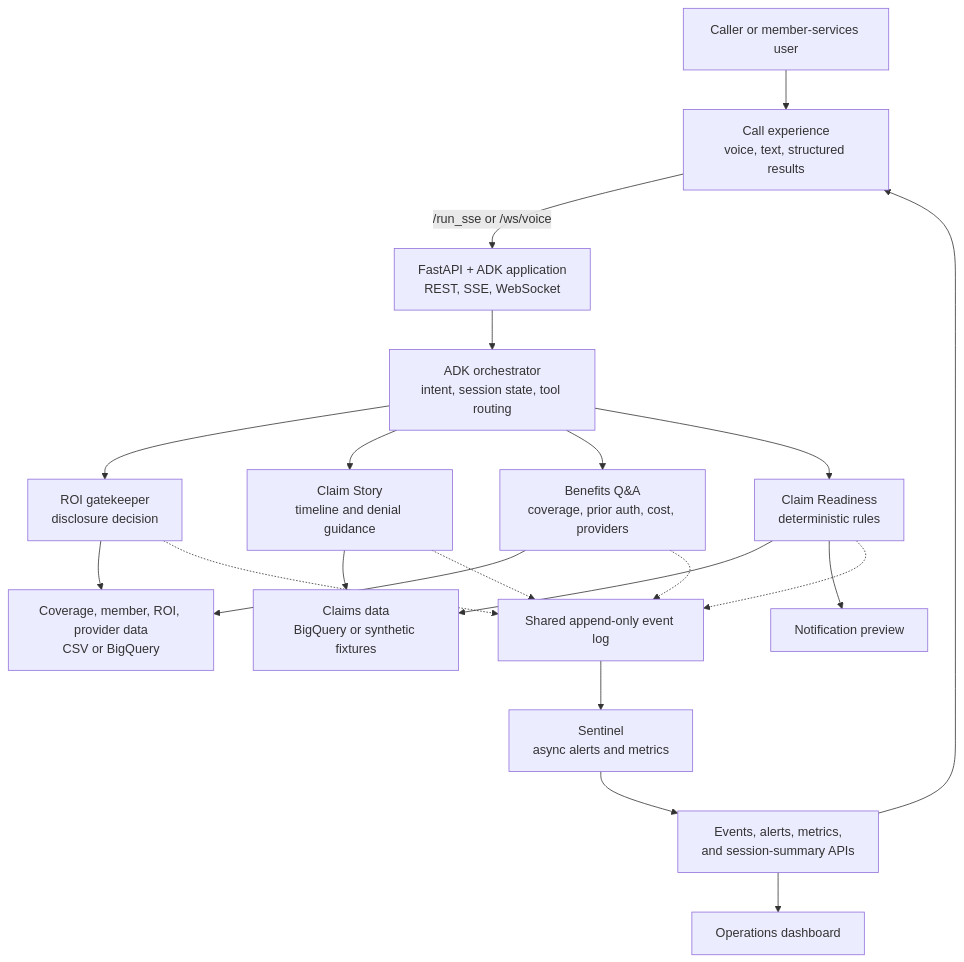
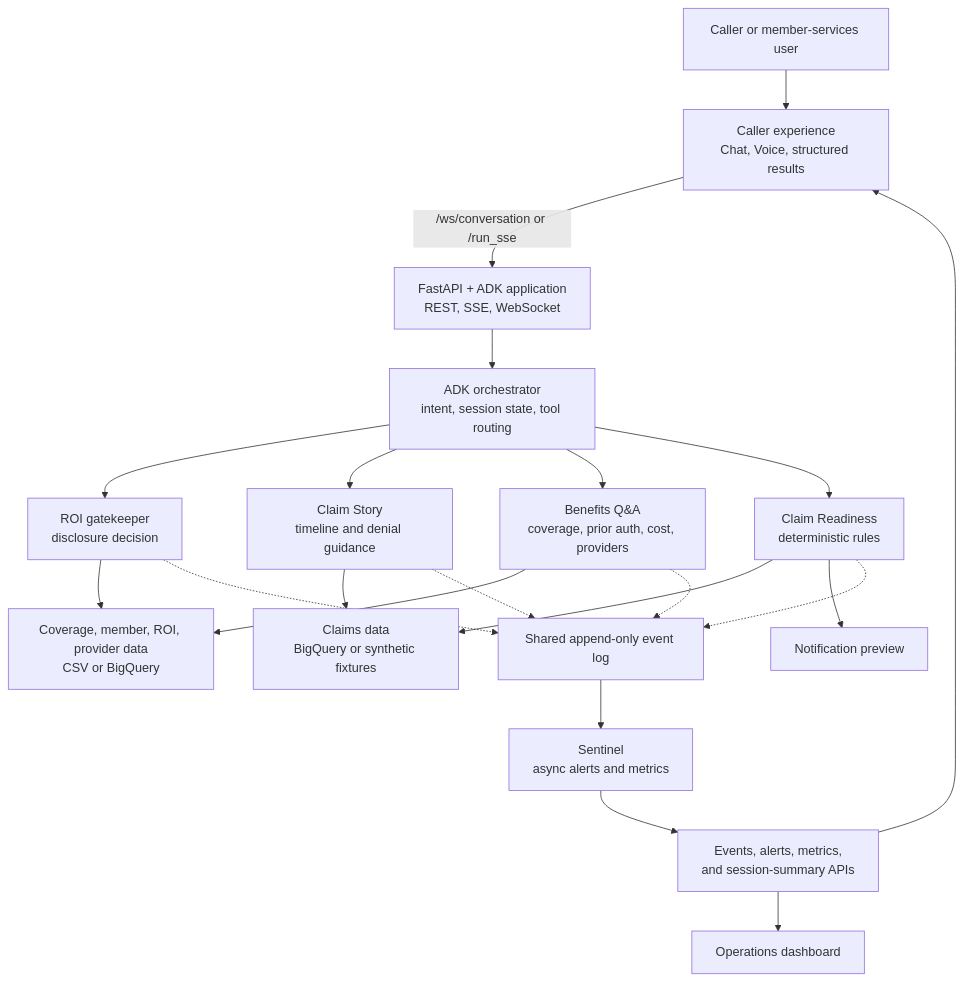
Before and after one commit to zhangdaniel62/humana-hackathon-2026: the diagram in assets/docs/overall_plan.md, drawn with Mermaid. The commit also changed other lines of this file and 8 other files, not shown here.

Commit message:
Implement chat and voice conversation modes

````diff
--- a/assets/docs/overall_plan.md
+++ b/assets/docs/overall_plan.md
@@ -135,39 +136,39 @@
 ```mermaid
 flowchart TD
     Caller["Caller or member-services user"]
-    CallUI["Call experience<br/>voice, text, structured results"]
+    CallUI["Caller experience<br/>Chat, Voice, structured results"]
     ManagerUI["Operations dashboard"]
     API["FastAPI + ADK application<br/>REST, SSE, WebSocket"]
     Orchestrator["ADK orchestrator<br/>intent, session state, tool routing"]
     ROI["ROI gatekeeper<br/>disclosure decision"]
     Claim["Claim Story<br/>timeline and denial guidance"]
     Benefits["Benefits Q&A<br/>coverage, prior auth, cost, providers"]
     Readiness["Claim Readiness<br/>deterministic rules"]
     Preview["Notification preview"]
     ClaimsData["Claims data<br/>BigQuery or synthetic fixtures"]
     BenefitsData["Coverage, member, ROI, provider data<br/>CSV or BigQuery"]
     EventLog["Shared append-only event log"]
     Sentinel["Sentinel<br/>async alerts and metrics"]
     OpsAPI["Events, alerts, metrics,<br/>and session-summary APIs"]
 
     Caller --> CallUI
-    CallUI -->|"/run_sse or /ws/voice"| API
+    CallUI -->|"/ws/conversation or /run_sse"| API
     API --> Orchestrator
     Orchestrator --> ROI
     Orchestrator --> Claim
     Orchestrator --> Benefits
     Orchestrator --> Readiness
     Claim --> ClaimsData
     Readiness --> ClaimsData
     Benefits --> BenefitsData
     ROI --> BenefitsData
     Readiness --> Preview
     ROI -.-> EventLog
     Claim -.-> EventLog
     Benefits -.-> EventLog
     Readiness -.-> EventLog
     EventLog --> Sentinel
     Sentinel --> OpsAPI
     OpsAPI --> ManagerUI
     OpsAPI --> CallUI
 ```
````
